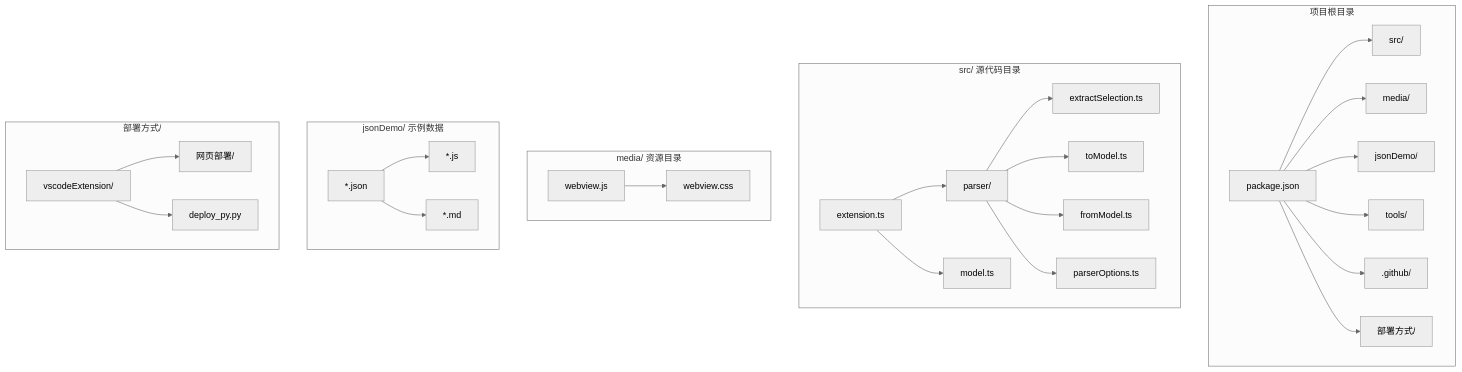
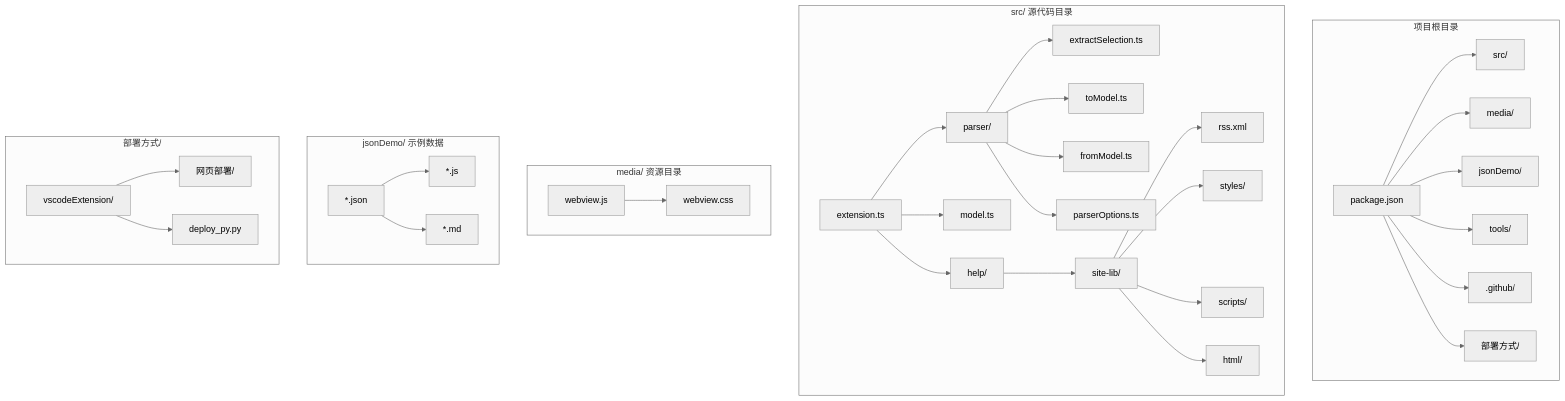
Before and after one commit to meiok1/wysjson: the first of 15 diagrams in .qoder/repowiki/zh/content/开发者指南/开发者指南.md, drawn with Mermaid (neutral theme). The commit also changed other lines of this file and 58 other files, not shown here.

````diff
--- a/.qoder/repowiki/zh/content/开发者指南/开发者指南.md
+++ b/.qoder/repowiki/zh/content/开发者指南/开发者指南.md
@@ -61,30 +72,36 @@
 ```mermaid
 graph TB
 subgraph "项目根目录"
 A[package.json] --> B[src/]
 A --> C[media/]
 A --> D[jsonDemo/]
 A --> E[tools/]
 A --> F[.github/]
 A --> G[部署方式/]
 end
 subgraph "src/ 源代码目录"
 B1[extension.ts] --> B2[parser/]
 B1 --> B3[model.ts]
 B2 --> B4[extractSelection.ts]
 B2 --> B5[toModel.ts]
 B2 --> B6[fromModel.ts]
 B2 --> B7[parserOptions.ts]
+B1 --> B8[help/]
+B8 --> B9[site-lib/]
+B9 --> B10[rss.xml]
+B9 --> B11[styles/]
+B9 --> B12[scripts/]
+B9 --> B13[html/]
 end
 subgraph "media/ 资源目录"
 C1[webview.js] --> C2[webview.css]
 end
 subgraph "jsonDemo/ 示例数据"
 D1[*.json] --> D2[*.js]
 D1 --> D3[*.md]
 end
 subgraph "部署方式/"
 G1[vscodeExtension/] --> G2[网页部署/]
 G1 --> G3[deploy_py.py]
 end
 ```
````
